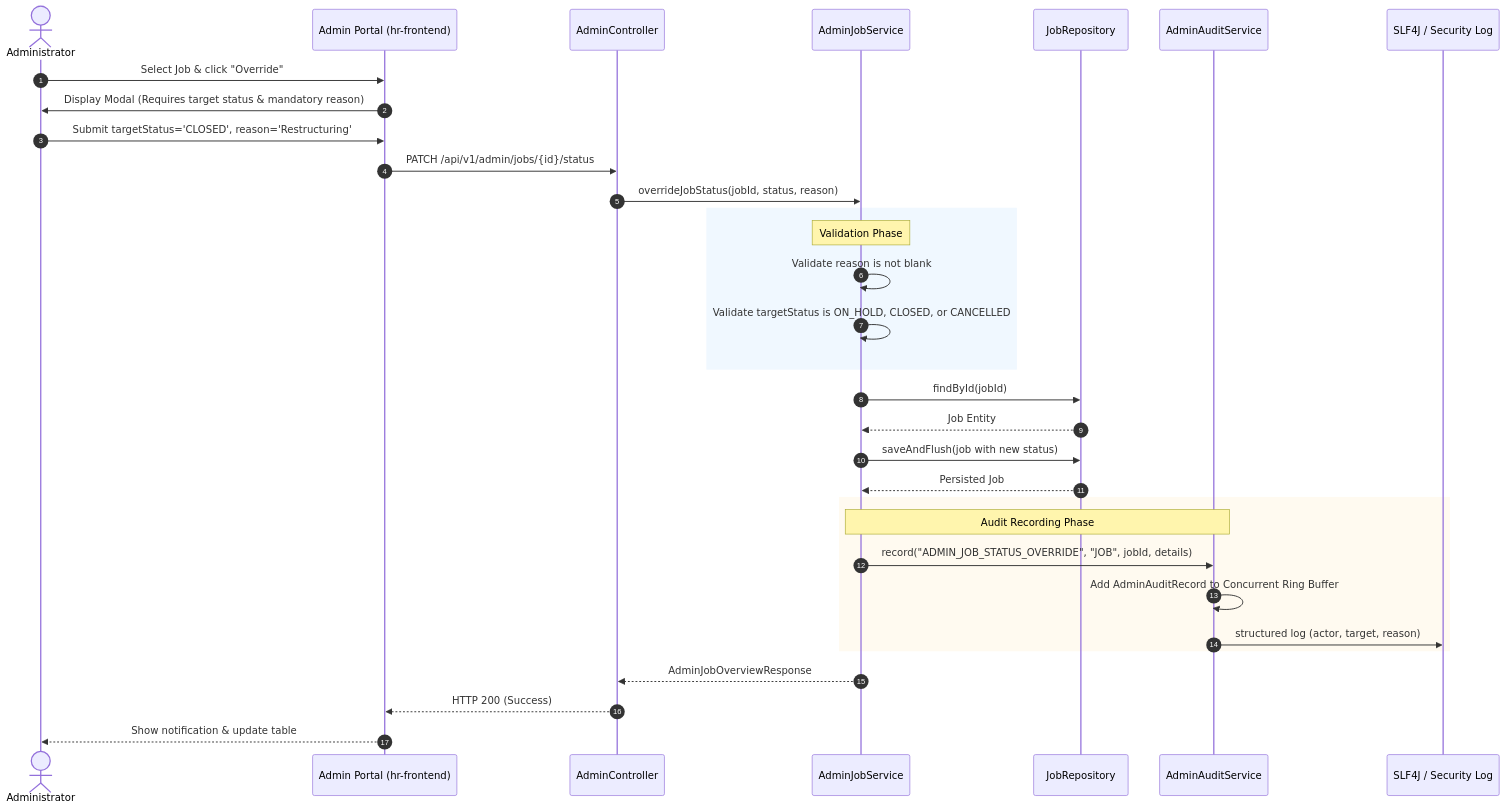
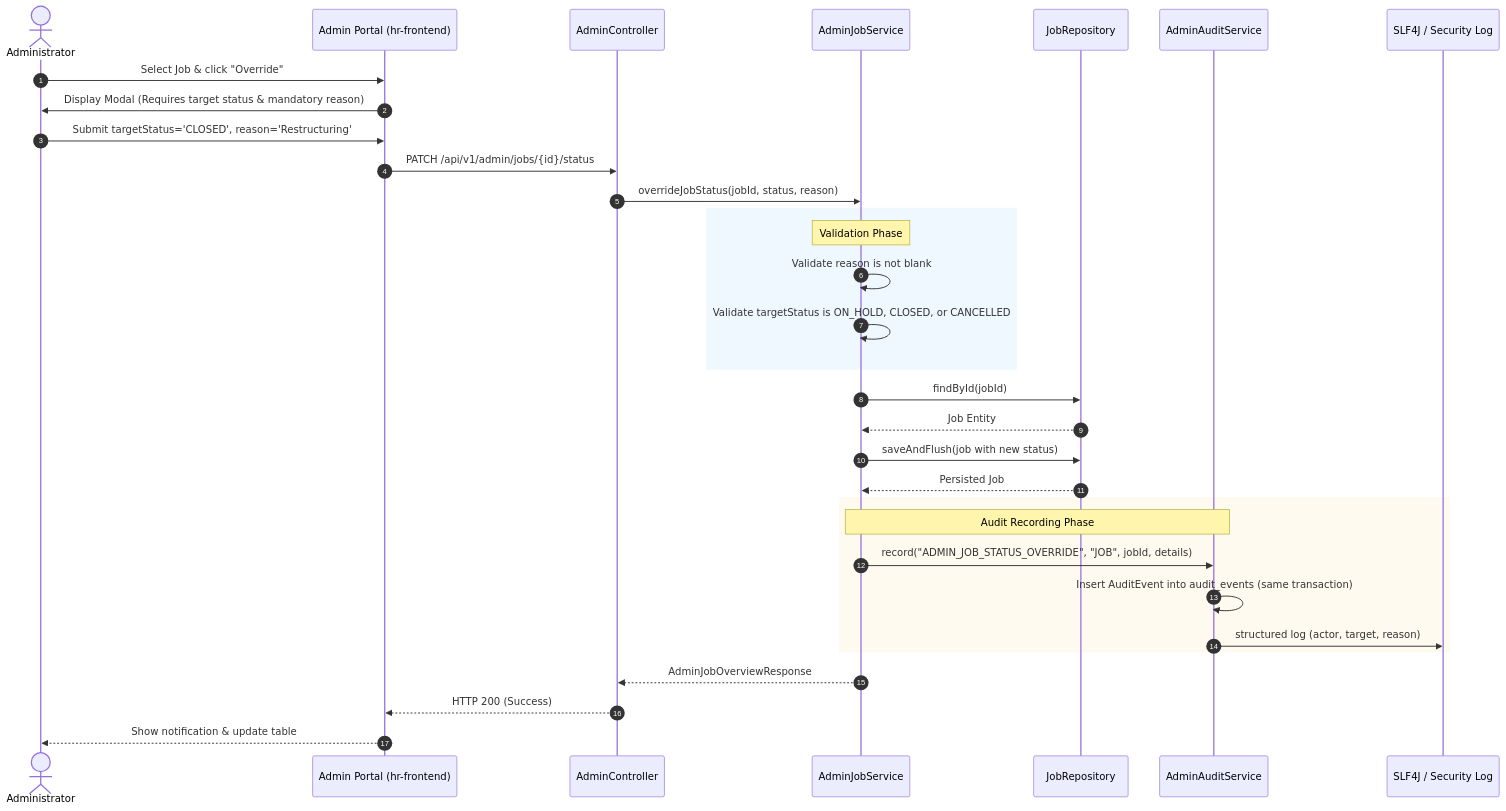
The third of 4 diagrams in docs/architecture/ADMIN_PORTAL.md (Krishna-Goel2002/RecruitPro), drawn with Mermaid before and after one commit. The commit also changed other lines of this file and 615 other files, not shown here.

````diff
--- a/docs/architecture/ADMIN_PORTAL.md
+++ b/docs/architecture/ADMIN_PORTAL.md
@@ -177,39 +179,39 @@
 ```mermaid
 sequenceDiagram
     autonumber
     actor Admin as Administrator
     participant UI as Admin Portal (hr-frontend)
     participant Ctrl as AdminController
     participant Svc as AdminJobService
     participant Repo as JobRepository
     participant Audit as AdminAuditService
     participant Logger as SLF4J / Security Log
 
     Admin->>UI: Select Job & click "Override"
     UI->>Admin: Display Modal (Requires target status & mandatory reason)
     Admin->>UI: Submit targetStatus='CLOSED', reason='Restructuring'
     UI->>Ctrl: PATCH /api/v1/admin/jobs/{id}/status
     Ctrl->>Svc: overrideJobStatus(jobId, status, reason)
 
     rect rgb(240, 248, 255)
         Note over Svc: Validation Phase
         Svc->>Svc: Validate reason is not blank
         Svc->>Svc: Validate targetStatus is ON_HOLD, CLOSED, or CANCELLED
     end
 
     Svc->>Repo: findById(jobId)
     Repo-->>Svc: Job Entity
     Svc->>Repo: saveAndFlush(job with new status)
     Repo-->>Svc: Persisted Job
 
     rect rgb(255, 250, 240)
         Note over Svc,Audit: Audit Recording Phase
         Svc->>Audit: record("ADMIN_JOB_STATUS_OVERRIDE", "JOB", jobId, details)
-        Audit->>Audit: Add AdminAuditRecord to Concurrent Ring Buffer
+        Audit->>Audit: Insert AuditEvent into audit_events (same transaction)
         Audit->>Logger: structured log (actor, target, reason)
     end
 
     Svc-->>Ctrl: AdminJobOverviewResponse
     Ctrl-->>UI: HTTP 200 (Success)
     UI-->>Admin: Show notification & update table
 ```
````
